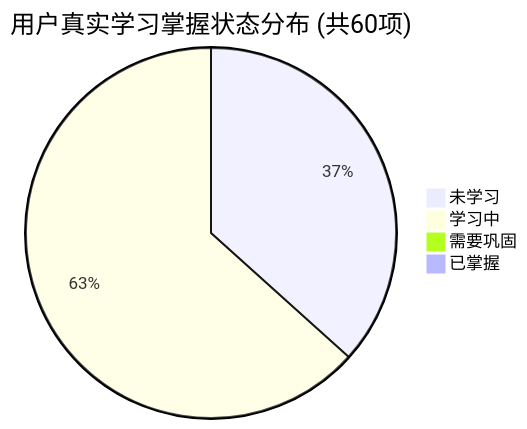
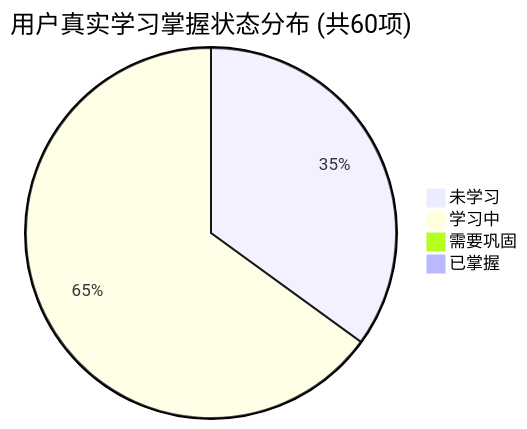
The first of 2 diagrams in PROGRESS.md (tieke1121/tech-interview-knowledge-base), drawn with Mermaid before and after one commit. The commit also changed other lines of this file and 1 other file, not shown here.

````diff
--- a/PROGRESS.md
+++ b/PROGRESS.md
@@ -27,7 +27,7 @@
 ```mermaid
 pie title 用户真实学习掌握状态分布 (共60项)
-    "未学习" : 22
-    "学习中" : 38
+    "未学习" : 21
+    "学习中" : 39
     "需要巩固" : 0
     "已掌握" : 0
 ```
````
